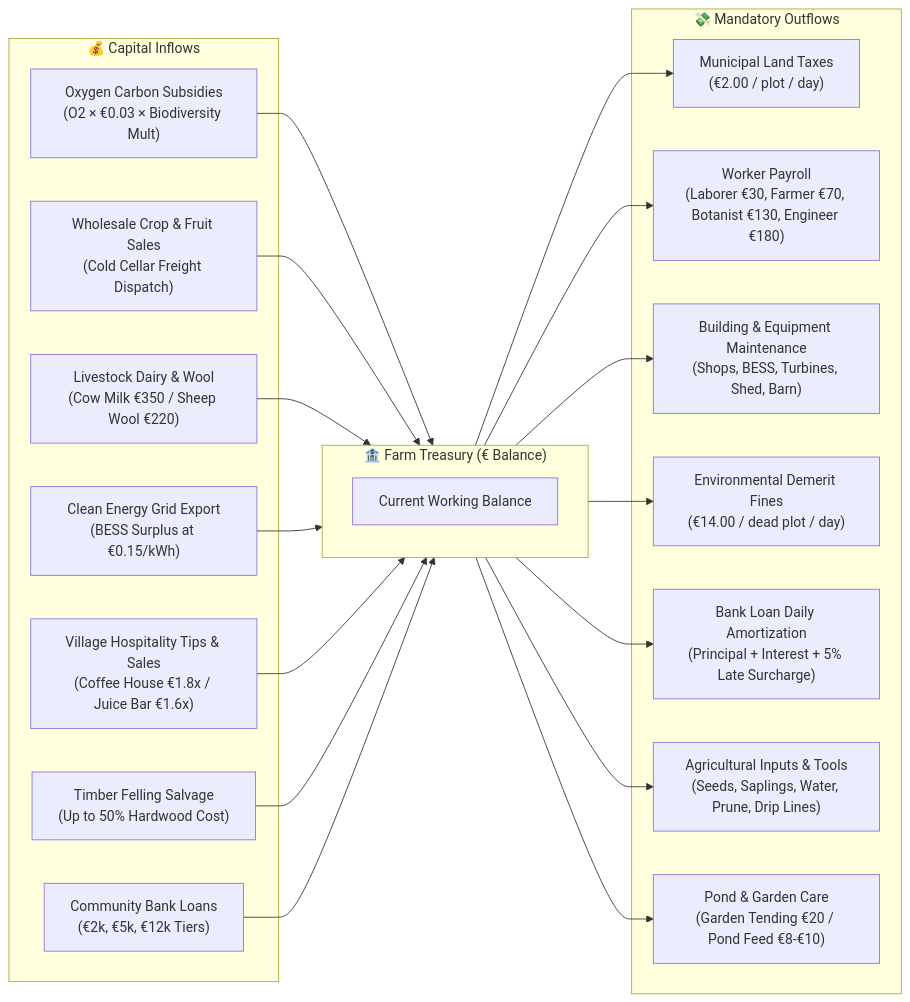
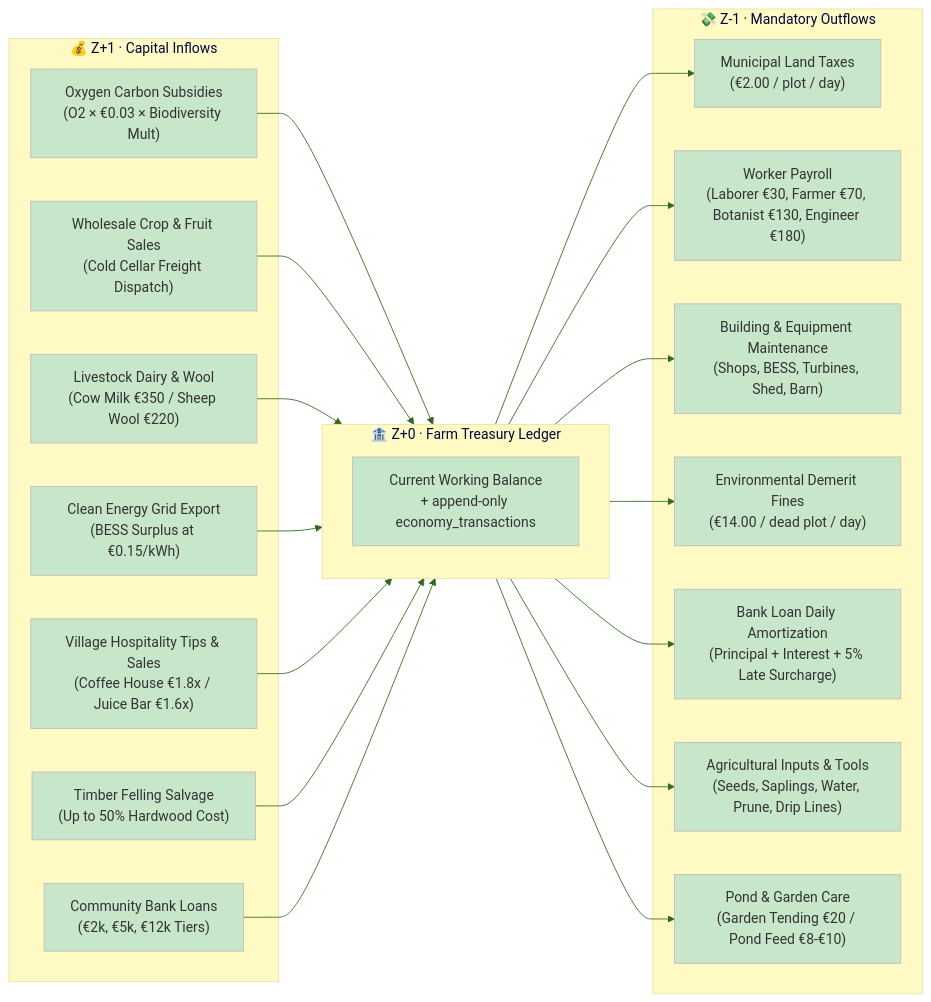
Before and after one commit to mishu-anik23/searchO2: the sixth of 13 diagrams in README.md, drawn with Mermaid. The commit also changed other lines of this file, not shown here.

First line of the commit message:
docs(readme): add layered 3D Mermaid workflows for farm, OxyForge, and backend

````diff
--- a/README.md
+++ b/README.md
@@ -346,30 +422,31 @@
 ```mermaid
+%%{init: {'theme':'base', 'themeVariables': { 'primaryColor':'#C8E6C9','secondaryColor':'#FFCDD2','tertiaryColor':'#FFF9C4','lineColor':'#33691E'}}}%%
 flowchart LR
-    subgraph Inflows ["💰 Capital Inflows"]
+    subgraph Inflows ["💰 Z+1 · Capital Inflows"]
         I1["Oxygen Carbon Subsidies<br/>(O2 × €0.03 × Biodiversity Mult)"]
         I2["Wholesale Crop & Fruit Sales<br/>(Cold Cellar Freight Dispatch)"]
         I3["Livestock Dairy & Wool<br/>(Cow Milk €350 / Sheep Wool €220)"]
         I4["Clean Energy Grid Export<br/>(BESS Surplus at €0.15/kWh)"]
         I5["Village Hospitality Tips & Sales<br/>(Coffee House €1.8x / Juice Bar €1.6x)"]
         I6["Timber Felling Salvage<br/>(Up to 50% Hardwood Cost)"]
         I7["Community Bank Loans<br/>(€2k, €5k, €12k Tiers)"]
     end
 
-    subgraph Treasury ["🏦 Farm Treasury (€ Balance)"]
+    subgraph Treasury ["🏦 Z+0 · Farm Treasury Ledger"]
         direction TB
-        BAL["Current Working Balance"]
+        BAL["Current Working Balance<br/>+ append-only economy_transactions"]
     end
 
-    subgraph Outflows ["💸 Mandatory Outflows"]
+    subgraph Outflows ["💸 Z-1 · Mandatory Outflows"]
         O1["Municipal Land Taxes<br/>(€2.00 / plot / day)"]
         O2["Worker Payroll<br/>(Laborer €30, Farmer €70, Botanist €130, Engineer €180)"]
         O3["Building & Equipment Maintenance<br/>(Shops, BESS, Turbines, Shed, Barn)"]
         O4["Environmental Demerit Fines<br/>(€14.00 / dead plot / day)"]
         O5["Bank Loan Daily Amortization<br/>(Principal + Interest + 5% Late Surcharge)"]
         O6["Agricultural Inputs & Tools<br/>(Seeds, Saplings, Water, Prune, Drip Lines)"]
         O7["Pond & Garden Care<br/>(Garden Tending €20 / Pond Feed €8-€10)"]
     end
 
     I1 & I2 & I3 & I4 & I5 & I6 & I7 --> Treasury
     Treasury --> O1 & O2 & O3 & O4 & O5 & O6 & O7
 ```
````
